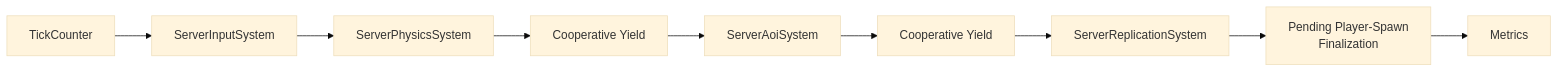
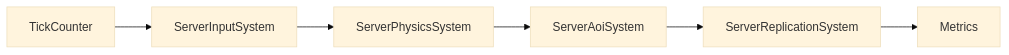
Before and after one commit to akxotjr/akxotjr.github.io: the second of 3 diagrams in content/Projects/Jam/Game World/03. Authoritative Simulation.md, drawn with Mermaid (base theme). The commit also changed other lines of this file and 34 other files, not shown here.

````diff
--- a/content/Projects/Jam/Game World/03. Authoritative Simulation.md
+++ b/content/Projects/Jam/Game World/03. Authoritative Simulation.md
@@ -28,15 +28,12 @@
 ```mermaid
 flowchart LR
 
     Tick["TickCounter"] -->
     Input["ServerInputSystem"] --> 
     Physics["ServerPhysicsSystem"] --> 
-    Yield1["Cooperative Yield"] --> 
     AOI["ServerAoiSystem"]
 
     AOI --> 
-    Yield2["Cooperative Yield"] --> 
     Replication["ServerReplicationSystem"] --> 
-    Finalize["Pending Player-Spawn<br/>Finalization"] --> 
     Metrics["Metrics"]
 ```
````
